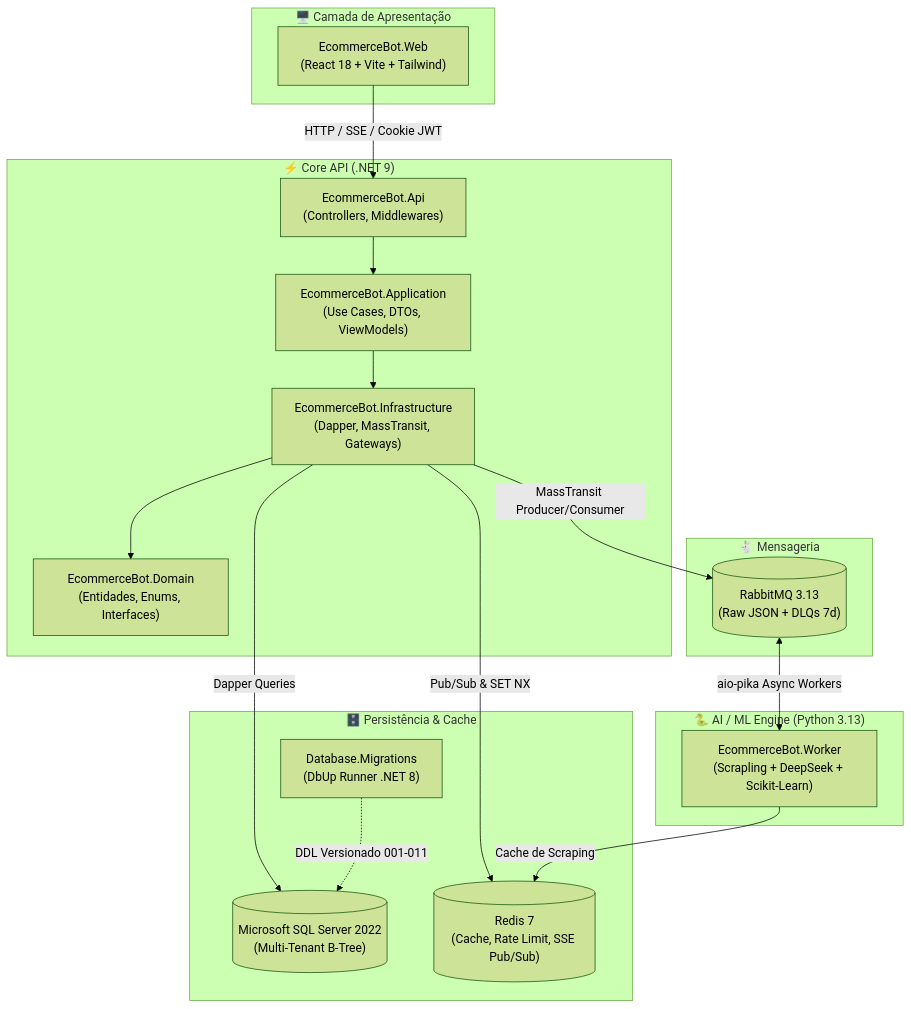
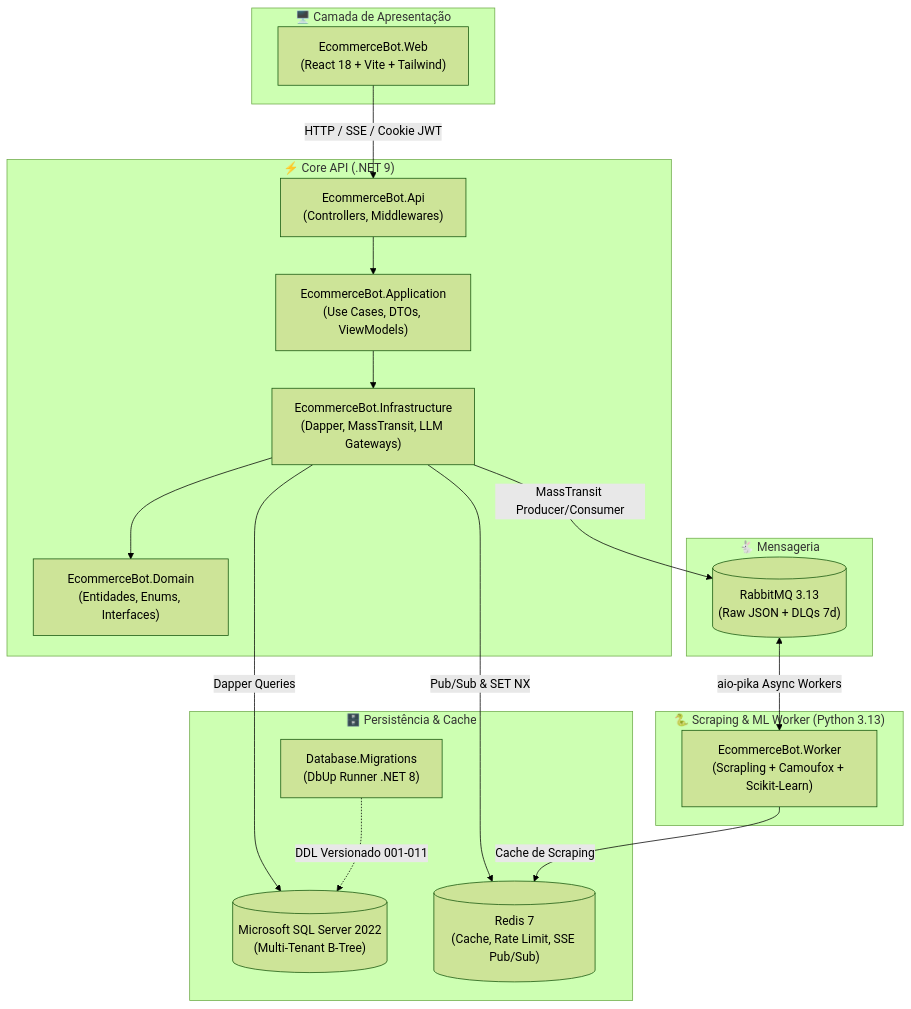
One commit to gregrymqt/ecomerce-bot changed the diagram in docs/architecture.md. Above: the diagram before and after it, drawn with Mermaid (forest theme). The commit also changed other lines of this file and 45 other files, not shown here.

Commit message:
Refactor: Add Logic from python to C# about the use of api LLM

````diff
--- a/docs/architecture.md
+++ b/docs/architecture.md
@@ -11,38 +11,38 @@
 ```mermaid
 flowchart TD
     subgraph Client ["🖥️ Camada de Apresentação"]
         SPA["EcommerceBot.Web<br/>(React 18 + Vite + Tailwind)"]
     end
 
     subgraph CoreBackend ["⚡ Core API (.NET 9)"]
         API["EcommerceBot.Api<br/>(Controllers, Middlewares)"]
         APP["EcommerceBot.Application<br/>(Use Cases, DTOs, ViewModels)"]
-        INFRA["EcommerceBot.Infrastructure<br/>(Dapper, MassTransit, Gateways)"]
+        INFRA["EcommerceBot.Infrastructure<br/>(Dapper, MassTransit, LLM Gateways)"]
         DOMAIN["EcommerceBot.Domain<br/>(Entidades, Enums, Interfaces)"]
     end
 
     subgraph DataTier ["🗄️ Persistência & Cache"]
         MSSQL[("Microsoft SQL Server 2022<br/>(Multi-Tenant B-Tree)")]
         REDIS[("Redis 7<br/>(Cache, Rate Limit, SSE Pub/Sub)")]
         MIGRATIONS["Database.Migrations<br/>(DbUp Runner .NET 8)"]
     end
 
     subgraph MessagingTier ["🐇 Mensageria"]
         RABBIT[("RabbitMQ 3.13<br/>(Raw JSON + DLQs 7d)")]
     end
 
-    subgraph AIEngine ["🐍 AI / ML Engine (Python 3.13)"]
-        WORKER["EcommerceBot.Worker<br/>(Scrapling + DeepSeek + Scikit-Learn)"]
+    subgraph AIEngine ["🐍 Scraping & ML Worker (Python 3.13)"]
+        WORKER["EcommerceBot.Worker<br/>(Scrapling + Camoufox + Scikit-Learn)"]
     end
 
     SPA -->|HTTP / SSE / Cookie JWT| API
     API --> APP
     APP --> INFRA
     INFRA --> DOMAIN
     INFRA -->|Dapper Queries| MSSQL
     INFRA -->|Pub/Sub & SET NX| REDIS
     INFRA -->|MassTransit Producer/Consumer| RABBIT
     MIGRATIONS -.->|DDL Versionado 001-011| MSSQL
     RABBIT <-->|aio-pika Async Workers| WORKER
     WORKER -->|Cache de Scraping| REDIS
 ```
````
